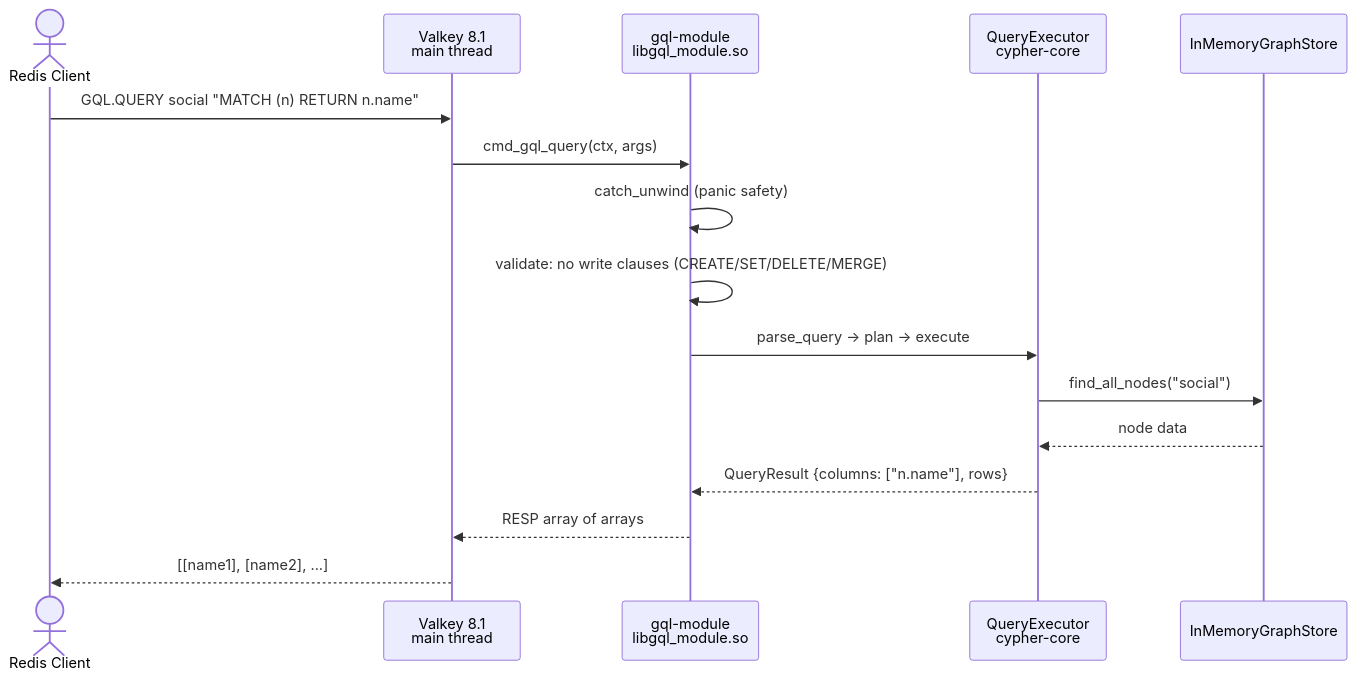
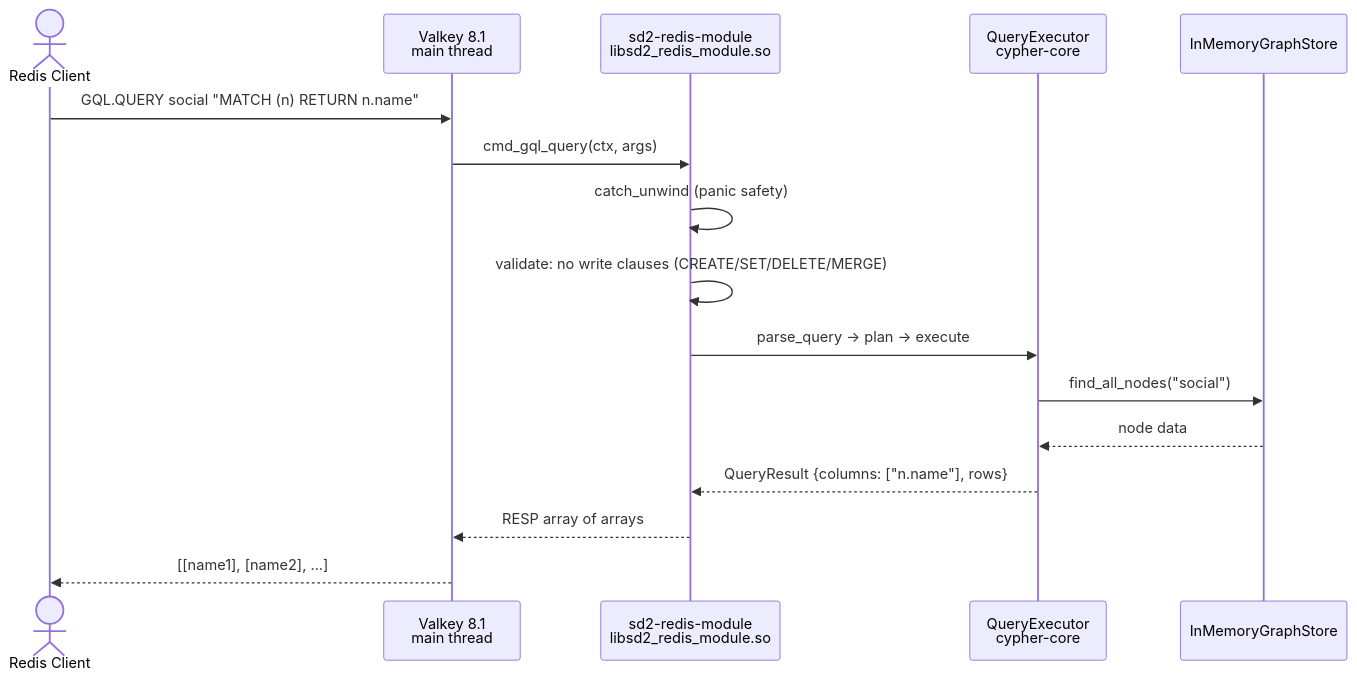
The third of 5 diagrams in docs/atlas/user-journeys/README.md (rysweet/SedanDelivery), drawn with Mermaid before and after one commit. The commit also changed 191 other files, not shown here.

First line of the commit message:
refactor: rename gql-module, gql-redis-store, gql-api to sd2- prefix (#1097)

````diff
--- a/docs/atlas/user-journeys/README.md
+++ b/docs/atlas/user-journeys/README.md
@@ -113,19 +113,19 @@
 ```mermaid
 sequenceDiagram
     actor Client as Redis Client
     participant Redis as Valkey 8.1<br/>main thread
-    participant Module as gql-module<br/>libgql_module.so
+    participant Module as sd2-redis-module<br/>libsd2_redis_module.so
     participant QE as QueryExecutor<br/>cypher-core
     participant Store as InMemoryGraphStore
 
     Client->>Redis: GQL.QUERY social "MATCH (n) RETURN n.name"
     Redis->>Module: cmd_gql_query(ctx, args)
     Module->>Module: catch_unwind (panic safety)
     Module->>Module: validate: no write clauses (CREATE/SET/DELETE/MERGE)
     Module->>QE: parse_query → plan → execute
     QE->>Store: find_all_nodes("social")
     Store-->>QE: node data
     QE-->>Module: QueryResult {columns: ["n.name"], rows}
     Module-->>Redis: RESP array of arrays
     Redis-->>Client: [[name1], [name2], ...]
 ```
````
